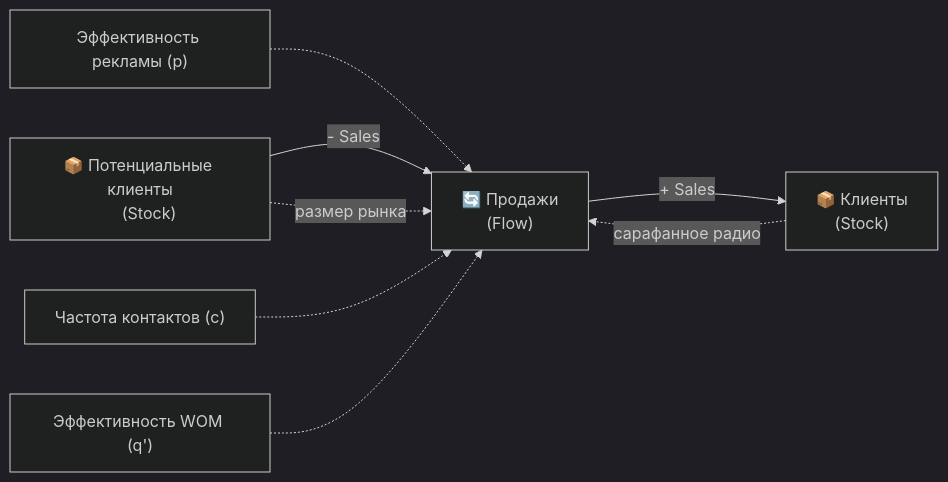
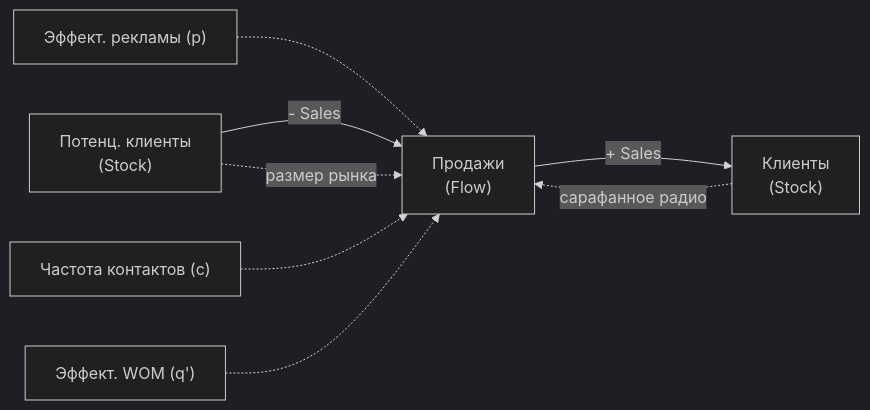
The second of 3 diagrams in docs/02-system-dynamics.md (stareeg/simulation-modeling-notes), drawn with Mermaid (dark theme) before and after one commit. The commit also changed other lines of this file and 14 other files, not shown here.

````diff
--- a/docs/02-system-dynamics.md
+++ b/docs/02-system-dynamics.md
@@ -99,18 +105,15 @@
 ```mermaid
 flowchart LR
-    PC["📦 Потенциальные клиенты
-    (Stock)"]
-    C["📦 Клиенты
-    (Stock)"]
-    S["🔄 Продажи
-    (Flow)"]
+    PC["Потенц. клиенты<br>(Stock)"]
+    C["Клиенты<br>(Stock)"]
+    S["Продажи<br>(Flow)"]
 
     PC -- "- Sales" --> S
     S -- "+ Sales" --> C
 
-    Ad["Эффективность рекламы (p)"] -.-> S
+    Ad["Эффект. рекламы (p)"] -.-> S
     Cf["Частота контактов (c)"] -.-> S
-    WOM["Эффективность WOM (q')"] -.-> S
+    WOM["Эффект. WOM (q')"] -.-> S
     C -.->|"сарафанное радио"| S
     PC -.->|"размер рынка"| S
 ```
````
